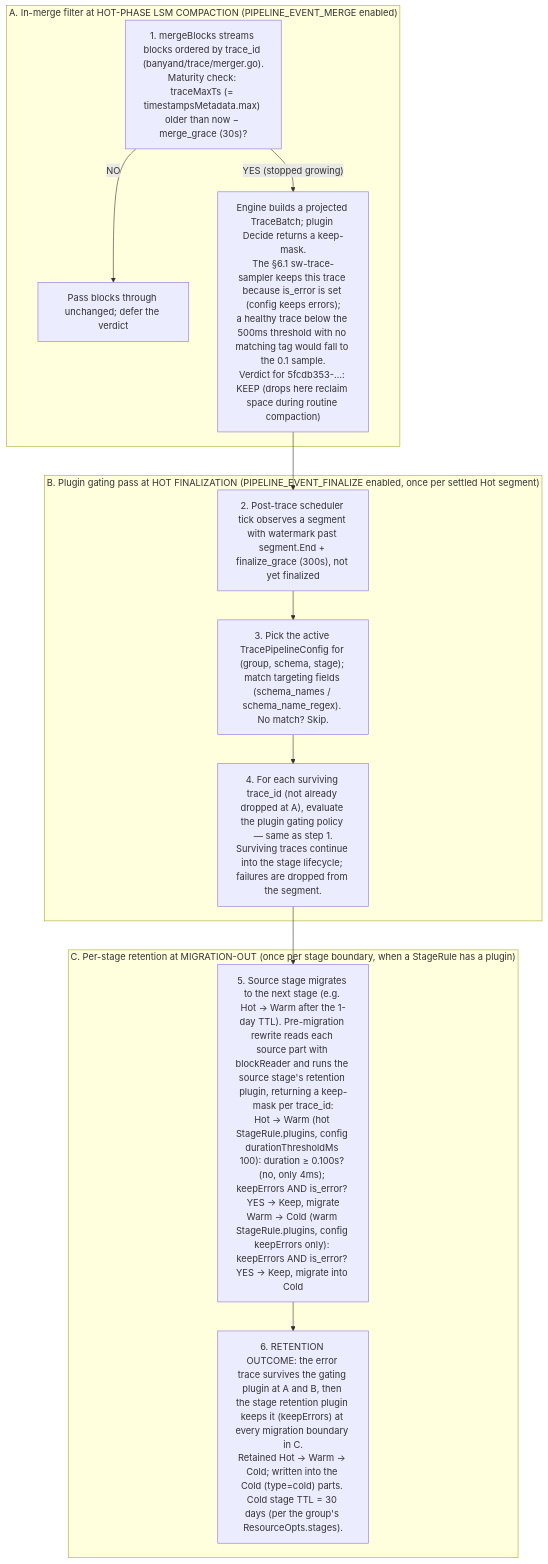
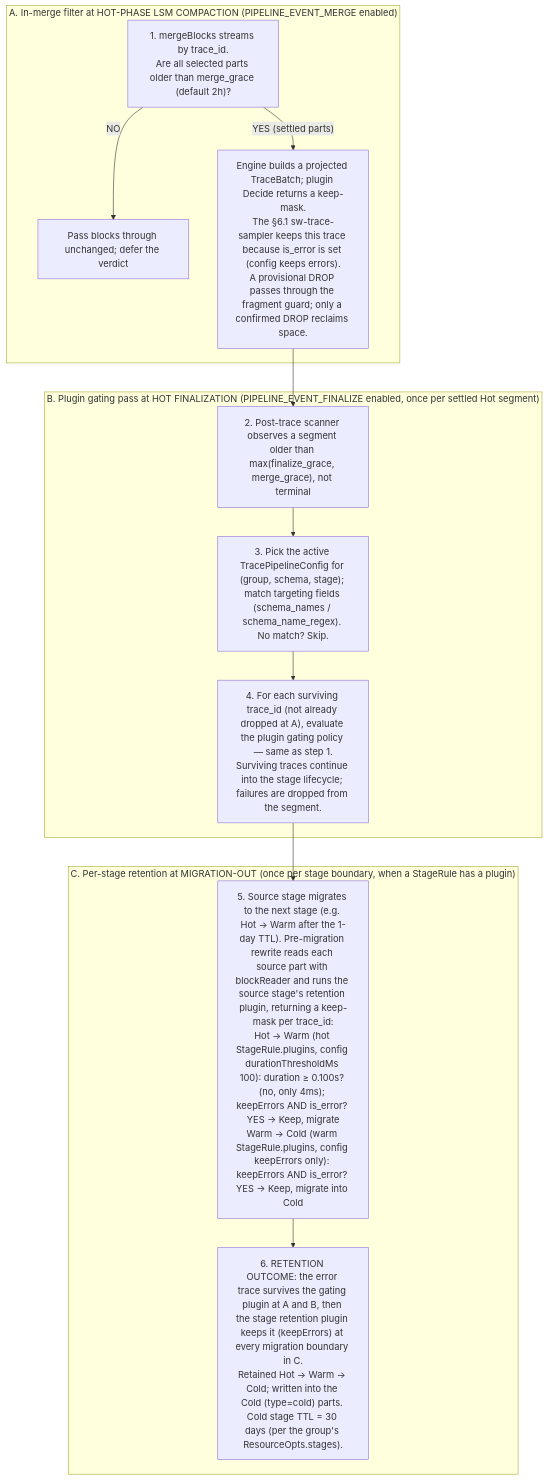
The sixth of 6 diagrams in docs/design/post-trace-pipeline.md (apache/skywalking-banyandb), drawn with Mermaid before and after one commit. The commit also changed other lines of this file and 37 other files, not shown here.

Commit message:
feat(trace): guard fragment sampling across parts

````diff
--- a/docs/design/post-trace-pipeline.md
+++ b/docs/design/post-trace-pipeline.md
@@ -639,19 +678,19 @@
 ```mermaid
 flowchart TD
     subgraph A["A. In-merge filter at HOT-PHASE LSM COMPACTION (PIPELINE_EVENT_MERGE enabled)"]
-        A1["1. mergeBlocks streams blocks ordered by trace_id (banyand/trace/merger.go).<br/>Maturity check: traceMaxTs (= timestampsMetadata.max) older than now − merge_grace (30s)?"]
+        A1["1. mergeBlocks streams by trace_id.<br/>Are all selected parts older than merge_grace (default 2h)?"]
         A1 -->|"NO"| A2["Pass blocks through unchanged; defer the verdict"]
-        A1 -->|"YES (stopped growing)"| A3["Engine builds a projected TraceBatch; plugin Decide returns a keep-mask.<br/>The §6.1 sw-trace-sampler keeps this trace because is_error is set (config keeps errors);<br/>a healthy trace below the 500ms threshold with no matching tag would fall to the 0.1 sample.<br/>Verdict for 5fcdb353-…: KEEP (drops here reclaim space during routine compaction)"]
+        A1 -->|"YES (settled parts)"| A3["Engine builds a projected TraceBatch; plugin Decide returns a keep-mask.<br/>The §6.1 sw-trace-sampler keeps this trace because is_error is set (config keeps errors).<br/>A provisional DROP passes through the fragment guard; only a confirmed DROP reclaims space."]
     end
     subgraph B["B. Plugin gating pass at HOT FINALIZATION (PIPELINE_EVENT_FINALIZE enabled, once per settled Hot segment)"]
-        B2["2. Post-trace scheduler tick observes a segment with watermark past segment.End + finalize_grace (300s), not yet finalized"]
+        B2["2. Post-trace scanner observes a segment older than max(finalize_grace, merge_grace), not terminal"]
         B2 --> B3["3. Pick the active TracePipelineConfig for (group, schema, stage); match targeting fields (schema_names / schema_name_regex). No match? Skip."]
         B3 --> B4["4. For each surviving trace_id (not already dropped at A), evaluate the plugin gating policy — same as step 1.<br/>Surviving traces continue into the stage lifecycle; failures are dropped from the segment."]
     end
     subgraph C["C. Per-stage retention at MIGRATION-OUT (once per stage boundary, when a StageRule has a plugin)"]
         C5["5. Source stage migrates to the next stage (e.g. Hot → Warm after the 1-day TTL). Pre-migration rewrite reads each source part with blockReader and runs the source stage's retention plugin, returning a keep-mask per trace_id:<br/>Hot → Warm (hot StageRule.plugins, config durationThresholdMs 100): duration ≥ 0.100s? (no, only 4ms); keepErrors AND is_error? YES → Keep, migrate<br/>Warm → Cold (warm StageRule.plugins, config keepErrors only): keepErrors AND is_error? YES → Keep, migrate into Cold"]
         C5 --> C6["6. RETENTION OUTCOME: the error trace survives the gating plugin at A and B, then the stage retention plugin keeps it (keepErrors) at every migration boundary in C.<br/>Retained Hot → Warm → Cold; written into the Cold (type=cold) parts. Cold stage TTL = 30 days (per the group's ResourceOpts.stages)."]
     end
     A3 --> B2
     B4 --> C5
 ```
````
